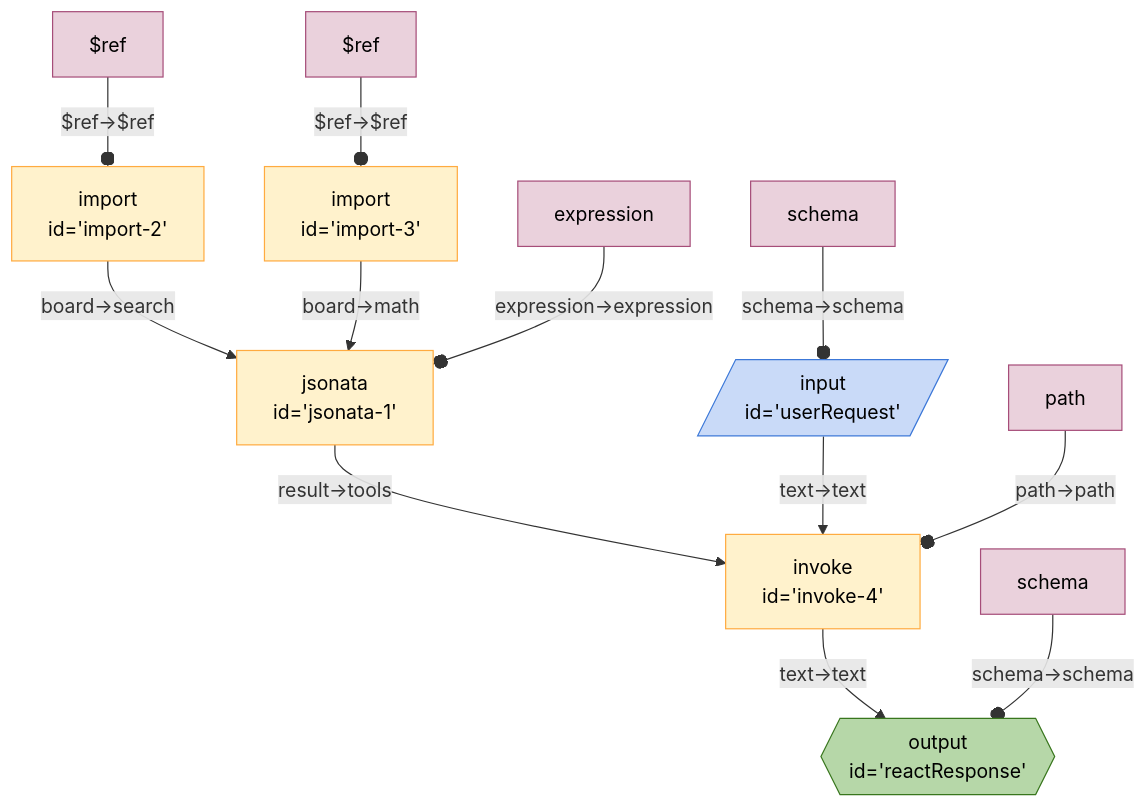
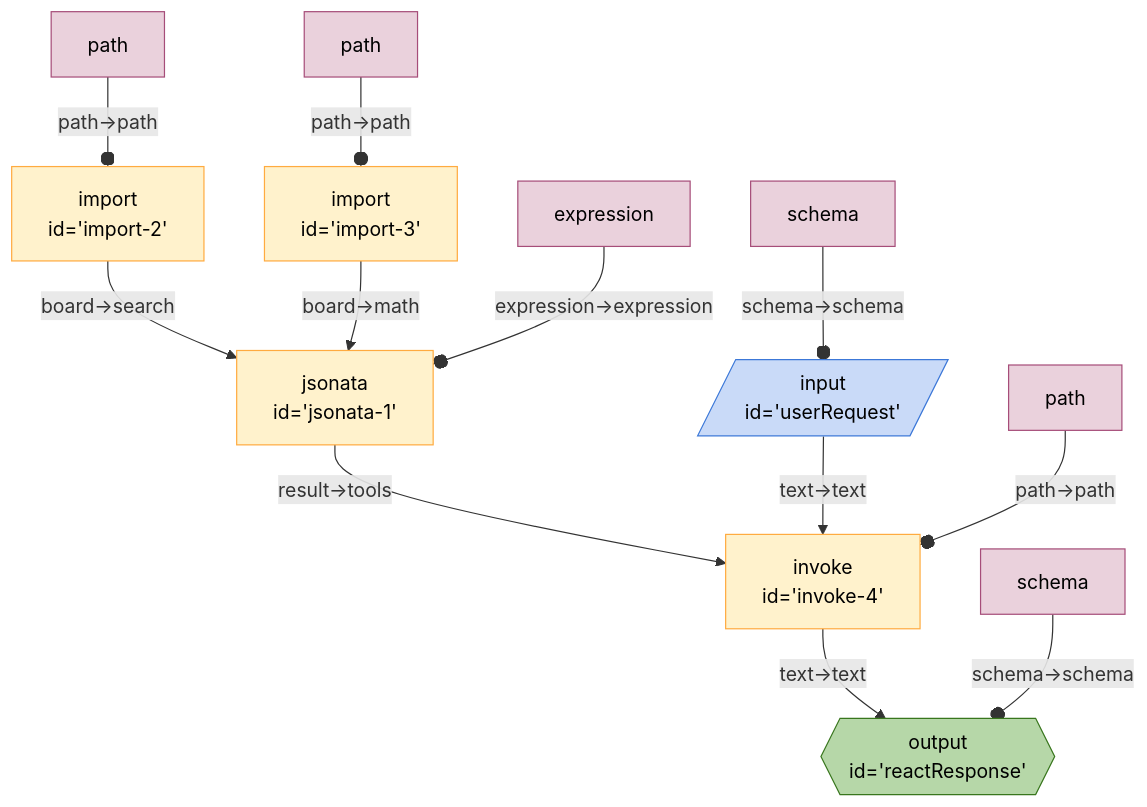
The diagram in seeds/graph-playground/docs/graphs/call-react-with-lambdas.md (breadboard-ai/breadboard), drawn with Mermaid before and after one commit. The commit also changed 2 other files, not shown here.

Commit message:
[graph-playground] Use Core Kit in `call-react-with-lambdas`.

````diff
--- a/seeds/graph-playground/docs/graphs/call-react-with-lambdas.md
+++ b/seeds/graph-playground/docs/graphs/call-react-with-lambdas.md
@@ -5,23 +5,23 @@
   ```mermaid
   %%{init: 'themeVariables': { 'fontFamily': 'Fira Code, monospace' }}%%
 graph TD;
 import2["import <br> id='import-2'"] -- "board->search" --> jsonata1["jsonata <br> id='jsonata-1'"]
 import3["import <br> id='import-3'"] -- "board->math" --> jsonata1["jsonata <br> id='jsonata-1'"]
 jsonata1["jsonata <br> id='jsonata-1'"] -- "result->tools" --> invoke4["invoke <br> id='invoke-4'"]
 invoke4["invoke <br> id='invoke-4'"] -- "text->text" --> reactResponse{{"output <br> id='reactResponse'"}}:::output
 userRequest[/"input <br> id='userRequest'"/]:::input -- "text->text" --> invoke4["invoke <br> id='invoke-4'"]
 expressionjsonata1[expression]:::config -- "expression->expression" --o jsonata1
-$refimport2[$ref]:::config -- "$ref->$ref" --o import2
-$refimport3[$ref]:::config -- "$ref->$ref" --o import3
+pathimport2[path]:::config -- "path->path" --o import2
+pathimport3[path]:::config -- "path->path" --o import3
 schemauserRequest[schema]:::config -- "schema->schema" --o userRequest
 pathinvoke4[path]:::config -- "path->path" --o invoke4
 schemareactResponse[schema]:::config -- "schema->schema" --o reactResponse
 classDef default stroke:#ffab40,fill:#fff2ccff,color:#000
 classDef input stroke:#3c78d8,fill:#c9daf8ff,color:#000
 classDef output stroke:#38761d,fill:#b6d7a8ff,color:#000
 classDef passthrough stroke:#a64d79,fill:#ead1dcff,color:#000
 classDef slot stroke:#a64d79,fill:#ead1dcff,color:#000
 classDef config stroke:#a64d79,fill:#ead1dcff,color:#000
 classDef secrets stroke:#db4437,fill:#f4cccc,color:#000
 classDef slotted stroke:#a64d79
   ```
````
